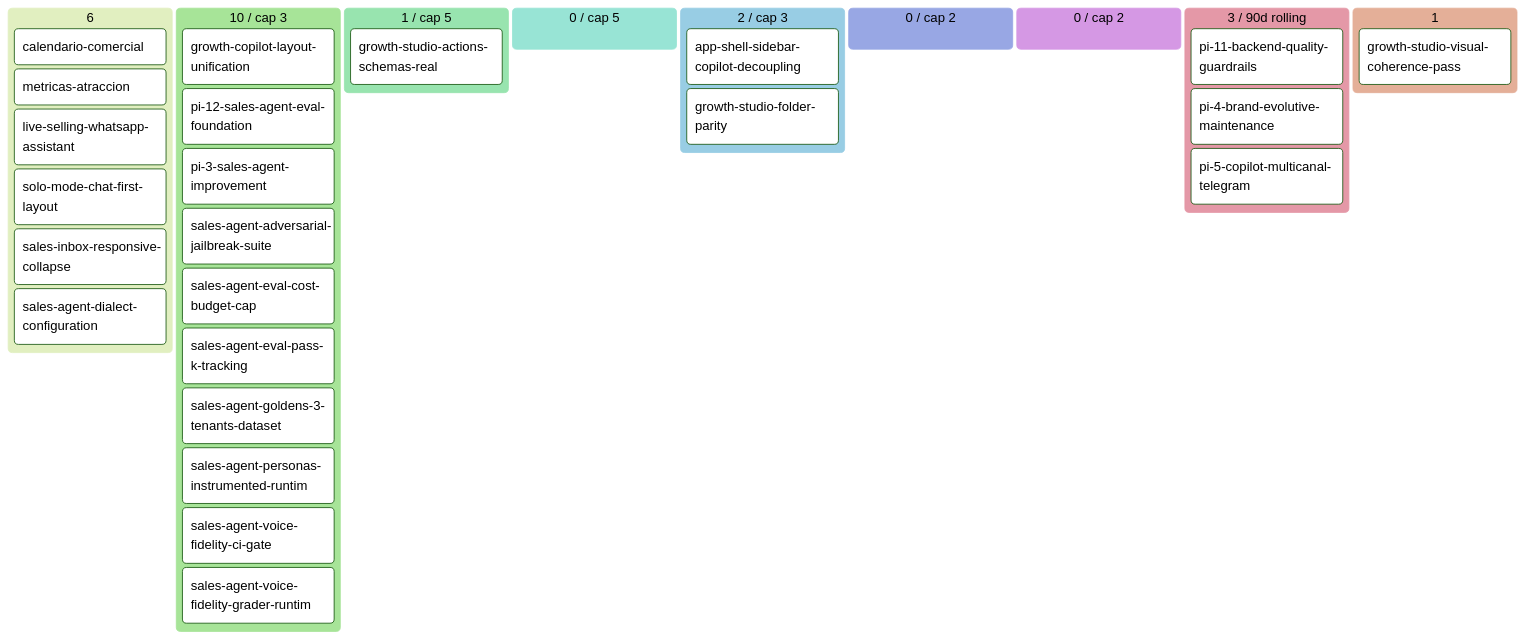
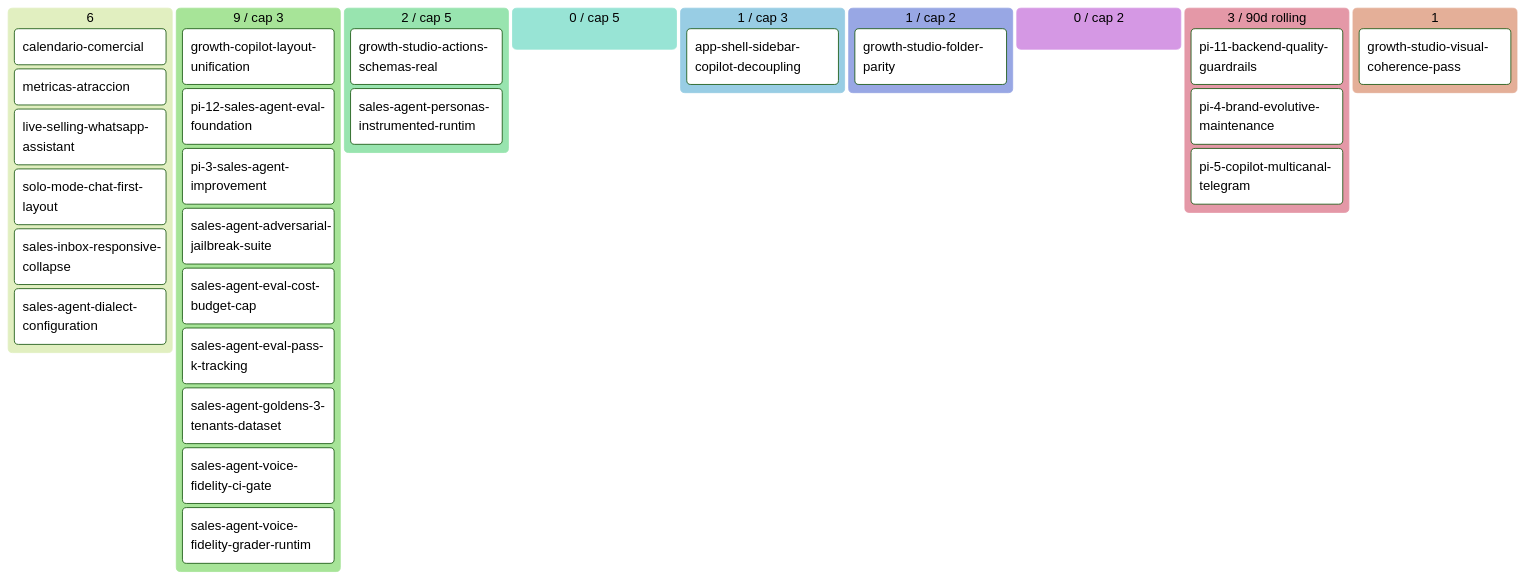
One commit to alpacapurpura/ap_sales_agent changed the diagram in docs/product/BACKLOG.md. Above: the diagram before and after it, drawn with Mermaid (forest theme). The commit also changed other lines of this file and 25 other files, not shown here.

````diff
--- a/docs/product/BACKLOG.md
+++ b/docs/product/BACKLOG.md
@@ -59,35 +58,35 @@
 ```mermaid
 kanban
   💡 Ideas (6)
     calendario-comercial[calendario-comercial]
     metricas-atraccion[metricas-atraccion]
     live-selling-whatsapp-assistan[live-selling-whatsapp-assistant]
     solo-mode-chat-first-layout[solo-mode-chat-first-layout]
     sales-inbox-responsive-collaps[sales-inbox-responsive-collapse]
     sales-agent-dialect-configurat[sales-agent-dialect-configuration]
-  🔬 Refining (10 / cap 3)
+  🔬 Refining (9 / cap 3)
     growth-copilot-layout-unificat[growth-copilot-layout-unification]
     pi-12-sales-agent-eval-foundat[pi-12-sales-agent-eval-foundation]
     pi-3-sales-agent-improvement[pi-3-sales-agent-improvement]
     sales-agent-adversarial-jailbr[sales-agent-adversarial-jailbreak-suite]
     sales-agent-eval-cost-budget-c[sales-agent-eval-cost-budget-cap]
     sales-agent-eval-pass-k-tracki[sales-agent-eval-pass-k-tracking]
     sales-agent-goldens-3-tenants-[sales-agent-goldens-3-tenants-dataset]
-    sales-agent-personas-instrumen[sales-agent-personas-instrumented-runtim]
     sales-agent-voice-fidelity-ci-[sales-agent-voice-fidelity-ci-gate]
     sales-agent-voice-fidelity-gra[sales-agent-voice-fidelity-grader-runtim]
-  ✅ Refined (1 / cap 5)
+  ✅ Refined (2 / cap 5)
     growth-studio-actions-schemas-[growth-studio-actions-schemas-real]
+    sales-agent-personas-instrumen[sales-agent-personas-instrumented-runtim]
   📦 Ready (0 / cap 5)
-  🔨 Developing (2 / cap 3)
+  🔨 Developing (1 / cap 3)
     app-shell-sidebar-copilot-deco[app-shell-sidebar-copilot-decoupling]
+  🧪 Developed (1 / cap 2)
     growth-studio-folder-parity[growth-studio-folder-parity]
-  🧪 Developed (0 / cap 2)
   🔍 Reviewing (0 / cap 2)
   ✅ Done (3 / 90d rolling)
     pi-11-backend-quality-guardrai[pi-11-backend-quality-guardrails]
     pi-4-brand-evolutive-maintenan[pi-4-brand-evolutive-maintenance]
     pi-5-copilot-multicanal-telegr[pi-5-copilot-multicanal-telegram]
   🅿 Parked (1)
     growth-studio-visual-coherence[growth-studio-visual-coherence-pass]
 ```
````
